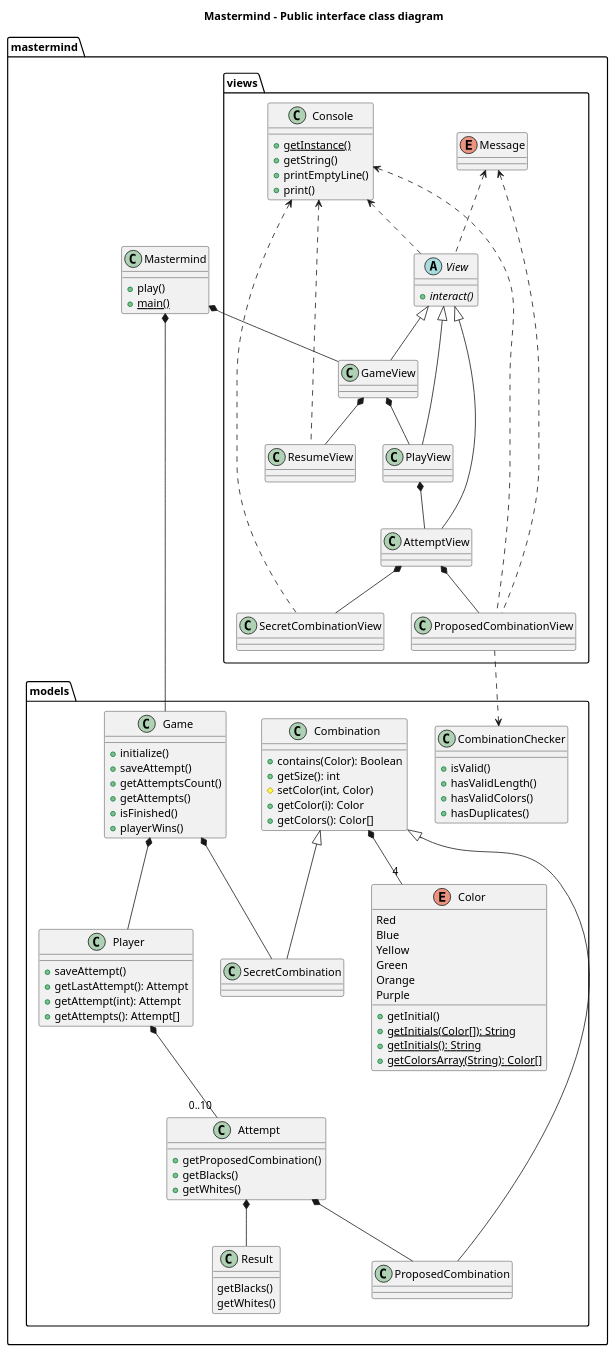
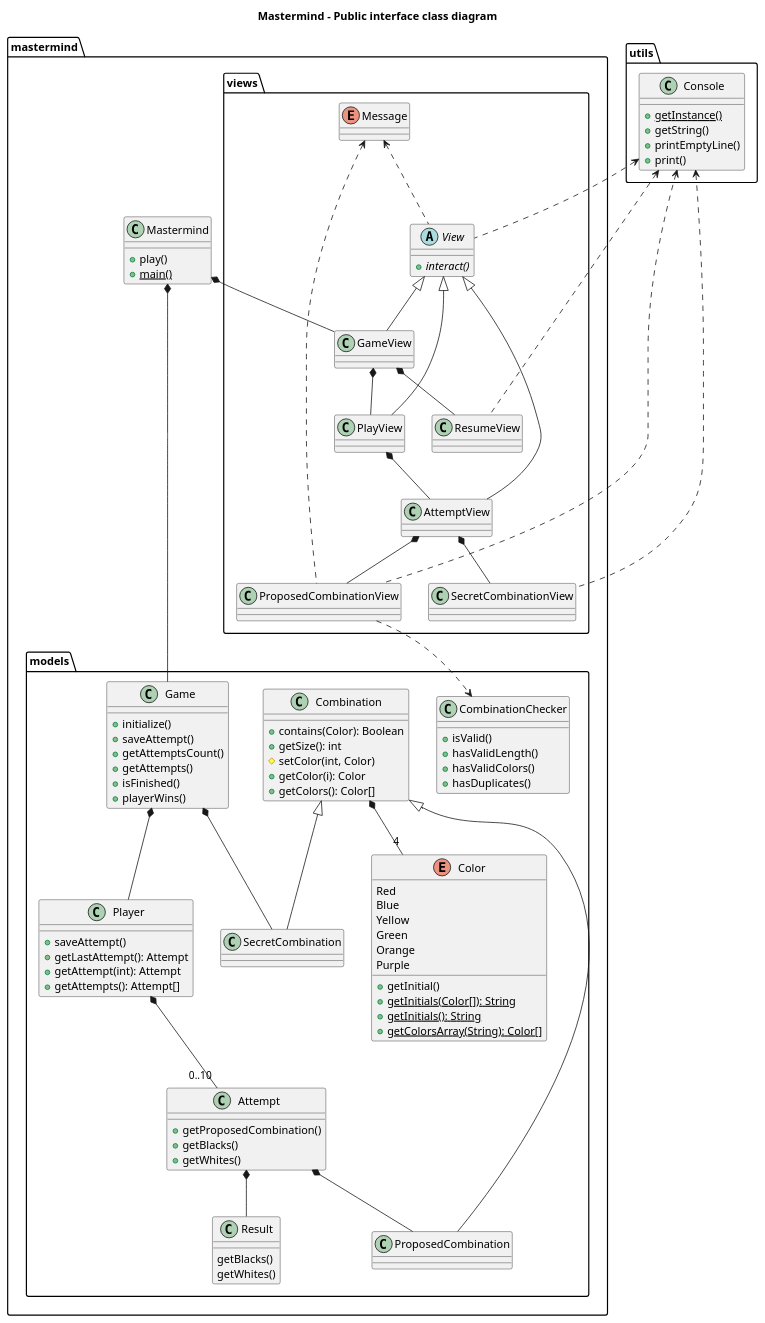
The diagram in diagram.plantuml (Master-Desarrollo-20-21/diseno-oo-ejercicio2-mastermind-document-view-ferllop), drawn with PlantUML before and after one commit.

Commit message:
Cleaning

```diff
--- a/diagram.plantuml
+++ b/diagram.plantuml
@@ -1,119 +1,121 @@
 @startuml
 
 title Mastermind - Public interface class diagram
-
 package mastermind{
 
     class Mastermind {
         +play()
         +{static} main()
     }
+}
     
-    package mastermind.models {
-        Mastermind *-- Game
-        
-        class Game {
-            +initialize()
-            +saveAttempt()
-            +getAttemptsCount()
-            +getAttempts()
-            +isFinished()
-            +playerWins()
-        }
-        Game *-- SecretCombination
-        Game *-- Player
-        
-        class Combination{
-            +contains(Color): Boolean
-            +getSize(): int
-            #setColor(int, Color)
-            +getColor(i): Color
-            +getColors(): Color[]
-        }
-        Combination *-- "4" Color
-        Combination <|-- SecretCombination
-        Combination <|-- ProposedCombination
-        
-        class Attempt {
-            +getProposedCombination()
-            +getBlacks()
-            +getWhites()
-        }
-        Attempt *-- ProposedCombination
-        Attempt *-- Result
-        
-        class Result {
-            getBlacks()
-            getWhites()
-        }
-        
-        class Player {
-            +saveAttempt()
-            +getLastAttempt(): Attempt
-            +getAttempt(int): Attempt
-            +getAttempts(): Attempt[]
-        }
-        Player *-- "0..10"Attempt
-        
-        Enum Color {
-            Red
-            Blue
-            Yellow
-            Green
-            Orange
-            Purple
-            +getInitial()
-            +{static}getInitials(Color[]): String
-            +{static}getInitials(): String
-            +{static}getColorsArray(String): Color[]
-        }
-        
-        class CombinationChecker{
-            +isValid()
-            +hasValidLength()
-            +hasValidColors()
-            +hasDuplicates()
-        }
+package mastermind.models {
+    Mastermind *-- Game
+    
+    class Game {
+        +initialize()
+        +saveAttempt()
+        +getAttemptsCount()
+        +getAttempts()
+        +isFinished()
+        +playerWins()
+    }
+    Game *-- SecretCombination
+    Game *-- Player
+    
+    class Combination{
+        +contains(Color): Boolean
+        +getSize(): int
+        #setColor(int, Color)
+        +getColor(i): Color
+        +getColors(): Color[]
+    }
+    Combination *-- "4" Color
+    Combination <|-- SecretCombination
+    Combination <|-- ProposedCombination
+    
+    class Attempt {
+        +getProposedCombination()
+        +getBlacks()
+        +getWhites()
+    }
+    Attempt *-- ProposedCombination
+    Attempt *-- Result
+    
+    class Result {
+        getBlacks()
+        getWhites()
     }
     
-    package mastermind.views {
-        Mastermind *-- GameView
-        
-        abstract class View {
-            +{abstract}interact()
-        }
-        View <|-- GameView
-        View <|-- PlayView
-        View <|-- AttemptView
-        
-        class GameView{}
-        GameView *-- PlayView
-        GameView *-- ResumeView
-        
-        class PlayView{}
-        PlayView *-- AttemptView
-        
-        class AttemptView{}
-        AttemptView *-- ProposedCombinationView
-        AttemptView *-- SecretCombinationView
-        
-        class ProposedCombinationView{}
-        ProposedCombinationView ..> CombinationChecker
-        
-        enum Message{}
-        Message <.. ProposedCombinationView
-        Message <.. View
-        
-        class Console {
-            +{static}getInstance()
-            +getString()
-            +printEmptyLine()
-            +print()
-        }
-        Console <.. View
-        Console <.. ProposedCombinationView
-        Console <.. SecretCombinationView
-        Console <.. ResumeView
+    class Player {
+        +saveAttempt()
+        +getLastAttempt(): Attempt
+        +getAttempt(int): Attempt
+        +getAttempts(): Attempt[]
+    }
+    Player *-- "0..10"Attempt
+    
+    Enum Color {
+        Red
+        Blue
+        Yellow
+        Green
+        Orange
+        Purple
+        +getInitial()
+        +{static}getInitials(Color[]): String
+        +{static}getInitials(): String
+        +{static}getColorsArray(String): Color[]
+    }
+    
+    class CombinationChecker{
+        +isValid()
+        +hasValidLength()
+        +hasValidColors()
+        +hasDuplicates()
     }
 }
+
+package mastermind.views {
+    Mastermind *-- GameView
+    
+    abstract class View {
+        +{abstract}interact()
+    }
+    View <|-- GameView
+    View <|-- PlayView
+    View <|-- AttemptView
+    
+    class GameView{}
+    GameView *-- PlayView
+    GameView *-- ResumeView
+    
+    class PlayView{}
+    PlayView *-- AttemptView
+    
+    class AttemptView{}
+    AttemptView *-- ProposedCombinationView
+    AttemptView *-- SecretCombinationView
+    
+    class ProposedCombinationView{}
+    ProposedCombinationView ..> CombinationChecker
+    
+    enum Message{}
+    Message <.. ProposedCombinationView
+    Message <.. View
+    
+    
+}
+
+package utils {
+    class Console {
+        +{static}getInstance()
+        +getString()
+        +printEmptyLine()
+        +print()
+    }
+    Console <.. View
+    Console <.. ProposedCombinationView
+    Console <.. SecretCombinationView
+    Console <.. ResumeView
 @enduml
```
